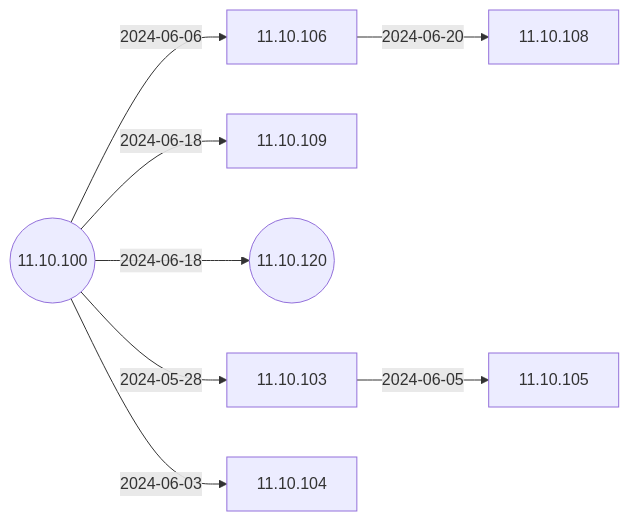
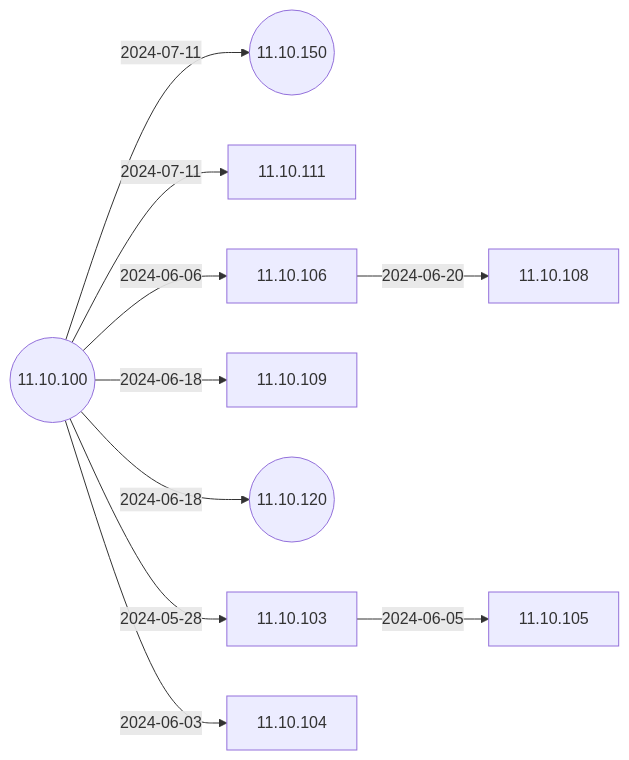
The second of 6 diagrams in docs/Docs/ReleaseNotes/01-OS11/README.md (IGEL-Community/IGEL-Docs-v02), drawn with Mermaid before and after one commit. The commit also changed 4 other files, not shown here.

````diff
--- a/docs/Docs/ReleaseNotes/01-OS11/README.md
+++ b/docs/Docs/ReleaseNotes/01-OS11/README.md
@@ -41,19 +41,23 @@
 ```mermaid
 flowchart LR
+    11.10.100-- 2024-07-11 -->11.10.150((11.10.150))
+    11.10.100-- 2024-07-11 -->11.10.111
     11.10.106-- 2024-06-20 -->11.10.108
     11.10.100-- 2024-06-18 -->11.10.109
     11.10.100-- 2024-06-18 -->11.10.120((11.10.120))
     11.10.100-- 2024-06-06 -->11.10.106
     11.10.103-- 2024-06-05 -->11.10.105
     11.10.100-- 2024-06-03 -->11.10.104
     11.10.100-- 2024-05-28 -->11.10.103
     11.10.100((11.10.100))
+    click 11.10.111 "https://github.com/IGEL-Community/IGEL-Docs-v02/tree/main/docs/Docs/ReleaseNotes/01-OS11/readme11.10.111.txt" _blank
+    click 11.10.150 "https://github.com/IGEL-Community/IGEL-Docs-v02/tree/main/docs/Docs/ReleaseNotes/01-OS11/readme11.10.150.txt" _blank
     click 11.10.108 "https://github.com/IGEL-Community/IGEL-Docs-v02/tree/main/docs/Docs/ReleaseNotes/01-OS11/readme11.10.108.txt" _blank
     click 11.10.109 "https://github.com/IGEL-Community/IGEL-Docs-v02/tree/main/docs/Docs/ReleaseNotes/01-OS11/readme11.10.109.txt" _blank
     click 11.10.120 "https://github.com/IGEL-Community/IGEL-Docs-v02/tree/main/docs/Docs/ReleaseNotes/01-OS11/readme11.10.120.txt" _blank
     click 11.10.106 "https://github.com/IGEL-Community/IGEL-Docs-v02/tree/main/docs/Docs/ReleaseNotes/01-OS11/readme11.10.106.txt" _blank
     click 11.10.105 "https://github.com/IGEL-Community/IGEL-Docs-v02/tree/main/docs/Docs/ReleaseNotes/01-OS11/readme11.10.105.txt" _blank
     click 11.10.104 "https://github.com/IGEL-Community/IGEL-Docs-v02/tree/main/docs/Docs/ReleaseNotes/01-OS11/readme11.10.104.txt" _blank
     click 11.10.103 "https://github.com/IGEL-Community/IGEL-Docs-v02/tree/main/docs/Docs/ReleaseNotes/01-OS11/readme11.10.103.txt" _blank
     click 11.10.100 "https://github.com/IGEL-Community/IGEL-Docs-v02/tree/main/docs/Docs/ReleaseNotes/01-OS11/readme11.10.100.txt" _blank
 ```
````
